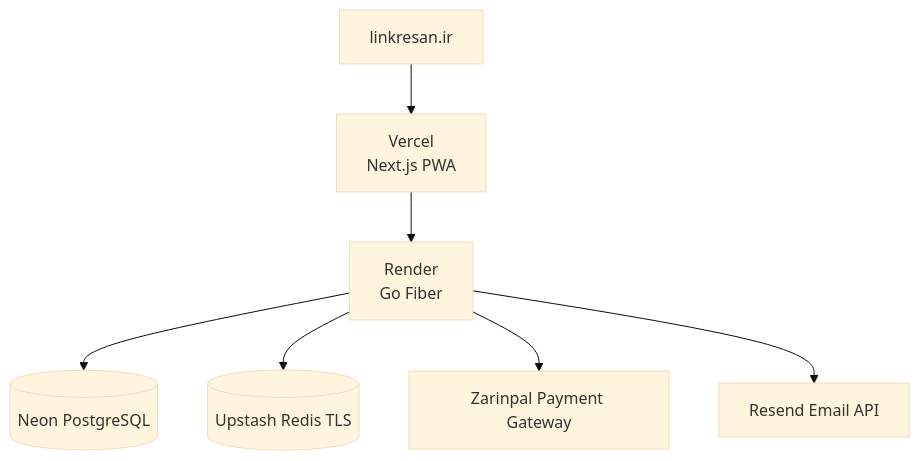
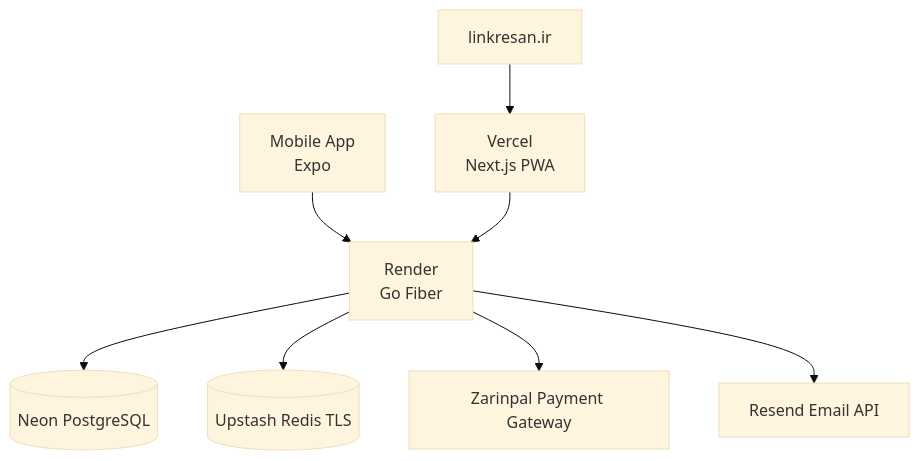
One commit to AmirMotefaker/LinkResan changed the second of 2 diagrams in README.md. Above: the diagram before and after it, drawn with Mermaid (base theme). The commit also changed other lines of this file, not shown here.

Commit message:
Docs: Update README to v5.1.0 (Mobile App, Dark Mode, API Keys, Swagger)

````diff
--- a/README.md
+++ b/README.md
@@ -394,9 +430,10 @@
 ```mermaid
 flowchart TB
     DOMAIN["linkresan.ir"] --> WEB["Vercel<br/>Next.js PWA"]
+    MOBILE["Mobile App<br/>Expo"] --> API
     WEB --> API["Render<br/>Go Fiber"]
     API --> PG[("Neon PostgreSQL")]
     API --> RD[("Upstash Redis TLS")]
     API --> ZP["Zarinpal Payment Gateway"]
     API --> RS["Resend Email API"]
 ```
````
